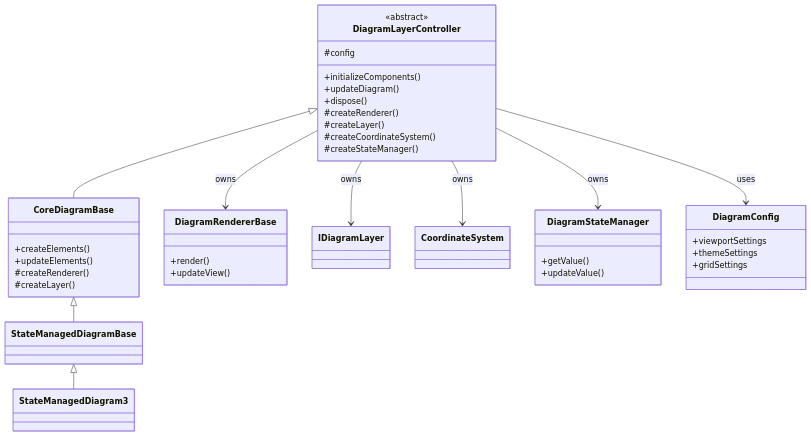
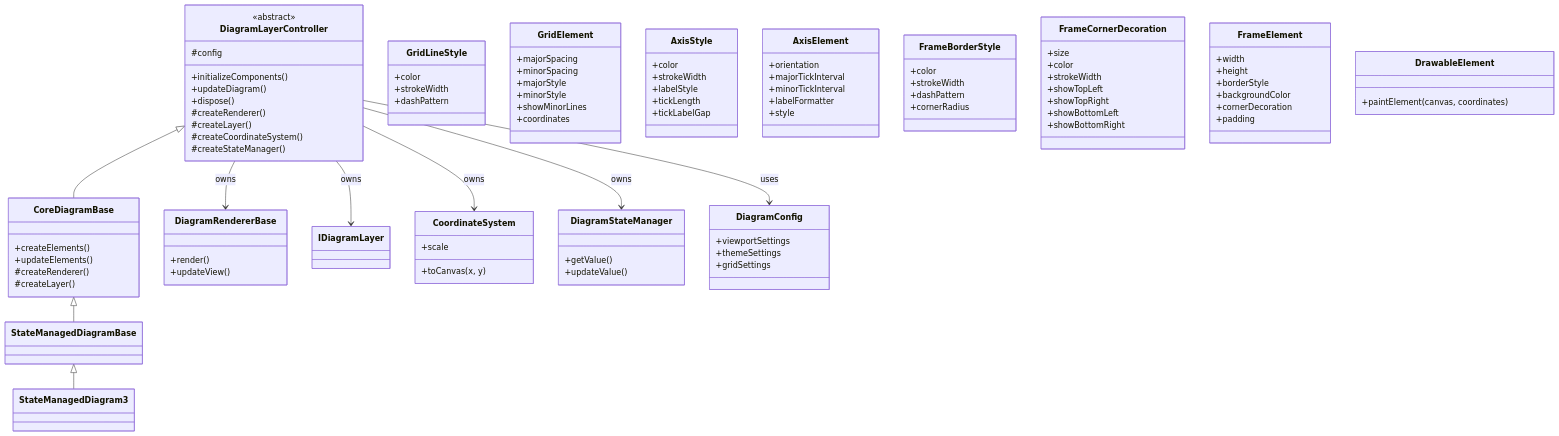
The second of 2 diagrams in docs/proposed_hierarchy.md (zartyblartfast/diagram_core), drawn with Mermaid before and after one commit. The commit also changed 11 other files, not shown here.

````diff
--- a/docs/proposed_hierarchy.md
+++ b/docs/proposed_hierarchy.md
@@ -61,4 +61,72 @@
         +themeSettings
         +gridSettings
     }
+
+    %% Component Style Configuration
+    class GridLineStyle {
+        +color
+        +strokeWidth
+        +dashPattern
+    }
+
+    class GridElement {
+        +majorSpacing
+        +minorSpacing
+        +majorStyle
+        +minorStyle
+        +showMinorLines
+        +coordinates
+    }
+
+    class AxisStyle {
+        +color
+        +strokeWidth
+        +labelStyle
+        +tickLength
+        +tickLabelGap
+    }
+
+    class AxisElement {
+        +orientation
+        +majorTickInterval
+        +minorTickInterval
+        +labelFormatter
+        +style
+    }
+
+    class FrameBorderStyle {
+        +color
+        +strokeWidth
+        +dashPattern
+        +cornerRadius
+    }
+
+    class FrameCornerDecoration {
+        +size
+        +color
+        +strokeWidth
+        +showTopLeft
+        +showTopRight
+        +showBottomLeft
+        +showBottomRight
+    }
+
+    class FrameElement {
+        +width
+        +height
+        +borderStyle
+        +backgroundColor
+        +cornerDecoration
+        +padding
+    }
+
+    %% Coordinate System Integration
+    class CoordinateSystem {
+        +toCanvas(x, y)
+        +scale
+    }
+
+    class DrawableElement {
+        +paintElement(canvas, coordinates)
+    }
 ```
````
